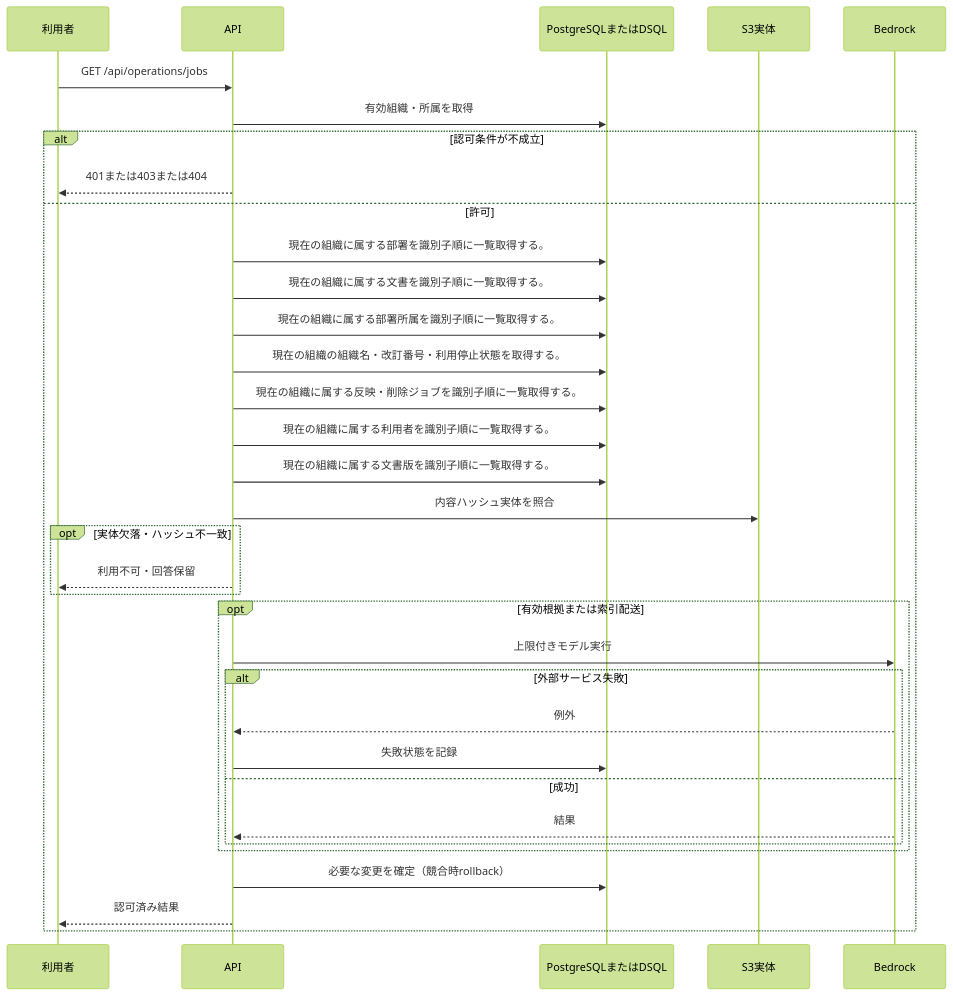
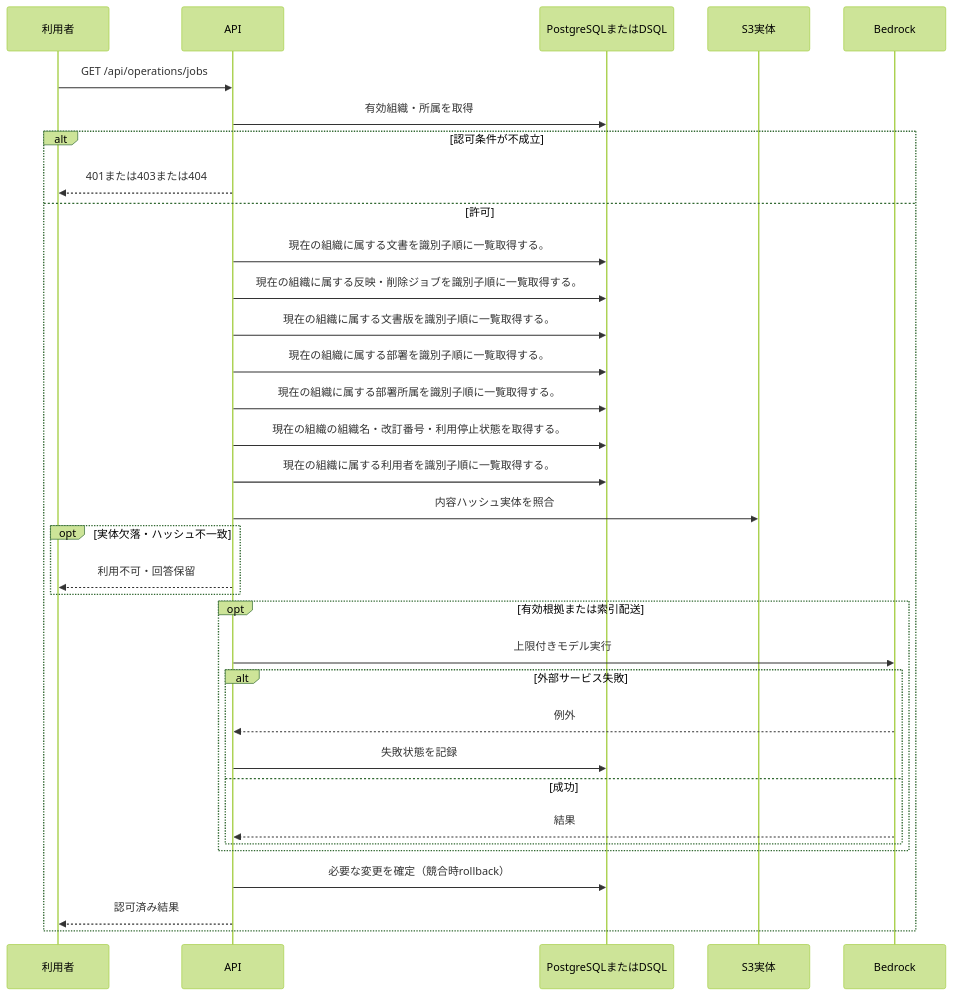
One commit to tsuji-tomonori/KotoRelay changed the diagram in docs/design/generated/api/operations/list_jobs/sequence.md. Above: the diagram before and after it, drawn with Mermaid (forest theme). The commit also changed other lines of this file and 628 other files, not shown here.

````diff
--- a/docs/design/generated/api/operations/list_jobs/sequence.md
+++ b/docs/design/generated/api/operations/list_jobs/sequence.md
@@ -7,36 +7,36 @@
 ```mermaid
 sequenceDiagram
     participant U as 利用者
     participant A as API
     participant D as PostgreSQLまたはDSQL
     participant S as S3実体
     participant M as Bedrock
     U->>A: GET /api/operations/jobs
     A->>D: 有効組織・所属を取得
     alt 認可条件が不成立
         A-->>U: 401または403または404
     else 許可
+        A->>D: 現在の組織に属する文書を識別子順に一覧取得する。
+        A->>D: 現在の組織に属する反映・削除ジョブを識別子順に一覧取得する。
+        A->>D: 現在の組織に属する文書版を識別子順に一覧取得する。
         A->>D: 現在の組織に属する部署を識別子順に一覧取得する。
-        A->>D: 現在の組織に属する文書を識別子順に一覧取得する。
         A->>D: 現在の組織に属する部署所属を識別子順に一覧取得する。
         A->>D: 現在の組織の組織名・改訂番号・利用停止状態を取得する。
-        A->>D: 現在の組織に属する反映・削除ジョブを識別子順に一覧取得する。
         A->>D: 現在の組織に属する利用者を識別子順に一覧取得する。
-        A->>D: 現在の組織に属する文書版を識別子順に一覧取得する。
         A->>S: 内容ハッシュ実体を照合
         opt 実体欠落・ハッシュ不一致
             A-->>U: 利用不可・回答保留
         end
         opt 有効根拠または索引配送
             A->>M: 上限付きモデル実行
             alt 外部サービス失敗
                 M-->>A: 例外
                 A->>D: 失敗状態を記録
             else 成功
                 M-->>A: 結果
             end
         end
         A->>D: 必要な変更を確定（競合時rollback）
         A-->>U: 認可済み結果
     end
 ```
````
